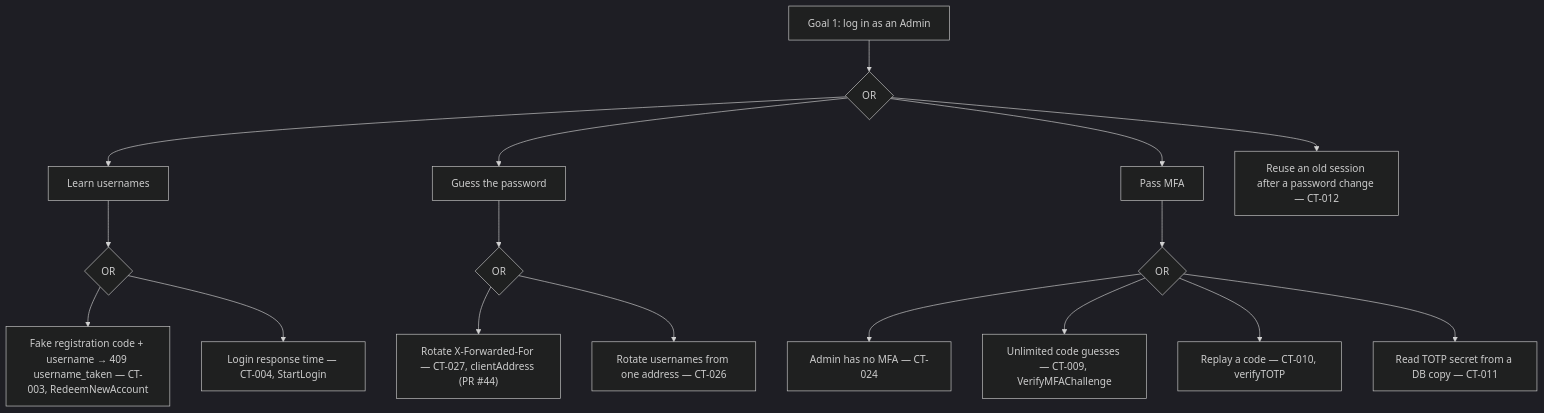
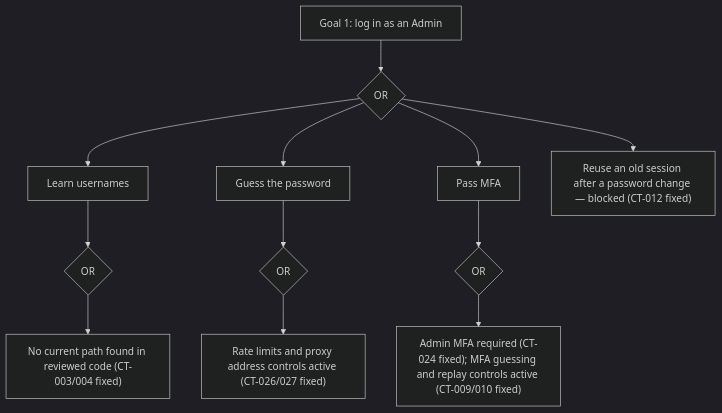
One commit to robinschweitz/raid-website changed the first of 3 diagrams in THREAT_MODEL_CODE.md. Above: the diagram before and after it, drawn with Mermaid (dark theme). The commit also changed other lines of this file and 2 other files, not shown here.

````diff
--- a/THREAT_MODEL_CODE.md
+++ b/THREAT_MODEL_CODE.md
@@ -242,16 +254,11 @@
 ```mermaid
 flowchart TD
   G1["Goal 1: log in as an Admin"] --> O1{OR}
   O1 --> A1["Learn usernames"] --> O1a{OR}
-  O1a --> A1a["Fake registration code + username → 409 username_taken — CT-003, RedeemNewAccount"]
-  O1a --> A1b["Login response time — CT-004, StartLogin"]
+  O1a --> A1a["No current path found in reviewed code (CT-003/004 fixed)"]
   O1 --> A2["Guess the password"] --> O2{OR}
-  O2 --> A2a["Rotate X-Forwarded-For — CT-027, clientAddress (PR #44)"]
-  O2 --> A2b["Rotate usernames from one address — CT-026"]
+  O2 --> A2a["Rate limits and proxy address controls active (CT-026/027 fixed)"]
   O1 --> A3["Pass MFA"] --> O3{OR}
-  O3 --> A3a["Admin has no MFA — CT-024"]
-  O3 --> A3b["Unlimited code guesses — CT-009, VerifyMFAChallenge"]
-  O3 --> A3c["Replay a code — CT-010, verifyTOTP"]
-  O3 --> A3d["Read TOTP secret from a DB copy — CT-011"]
-  O1 --> A4["Reuse an old session after a password change — CT-012"]
+  O3 --> A3a["Admin MFA required (CT-024 fixed); MFA guessing and replay controls active (CT-009/010 fixed)"]
+  O1 --> A4["Reuse an old session after a password change — blocked (CT-012 fixed)"]
 ```
````
